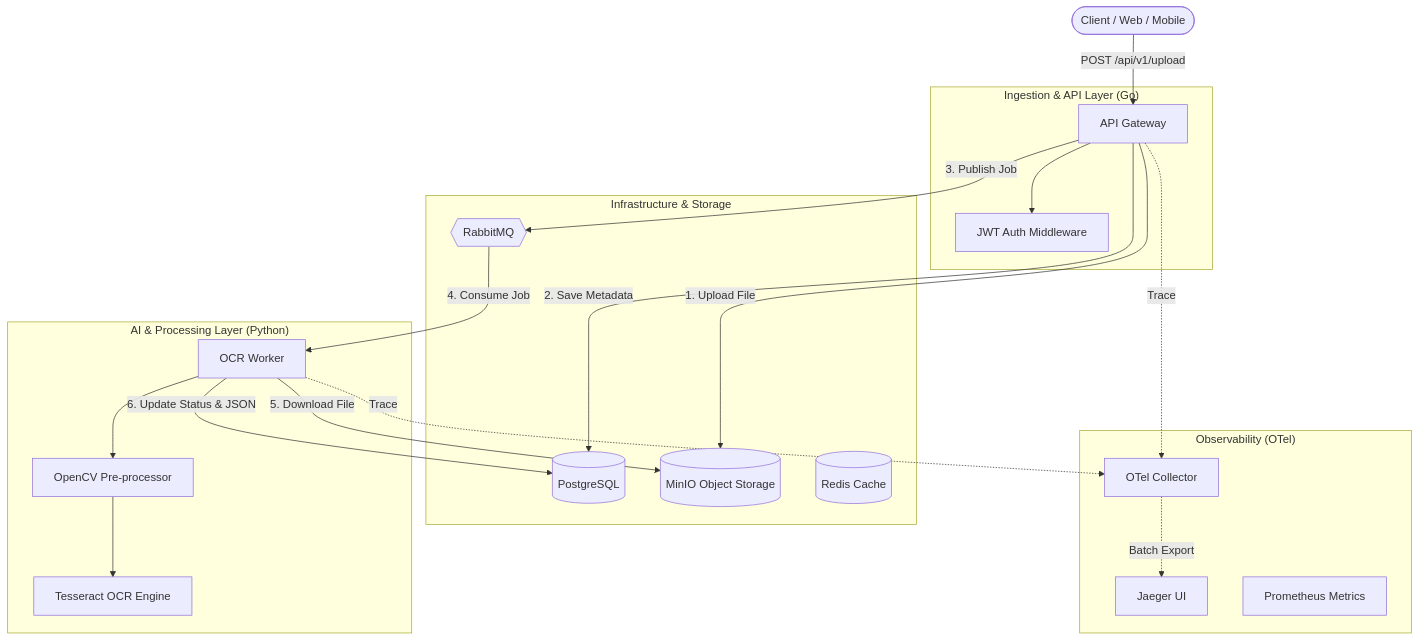
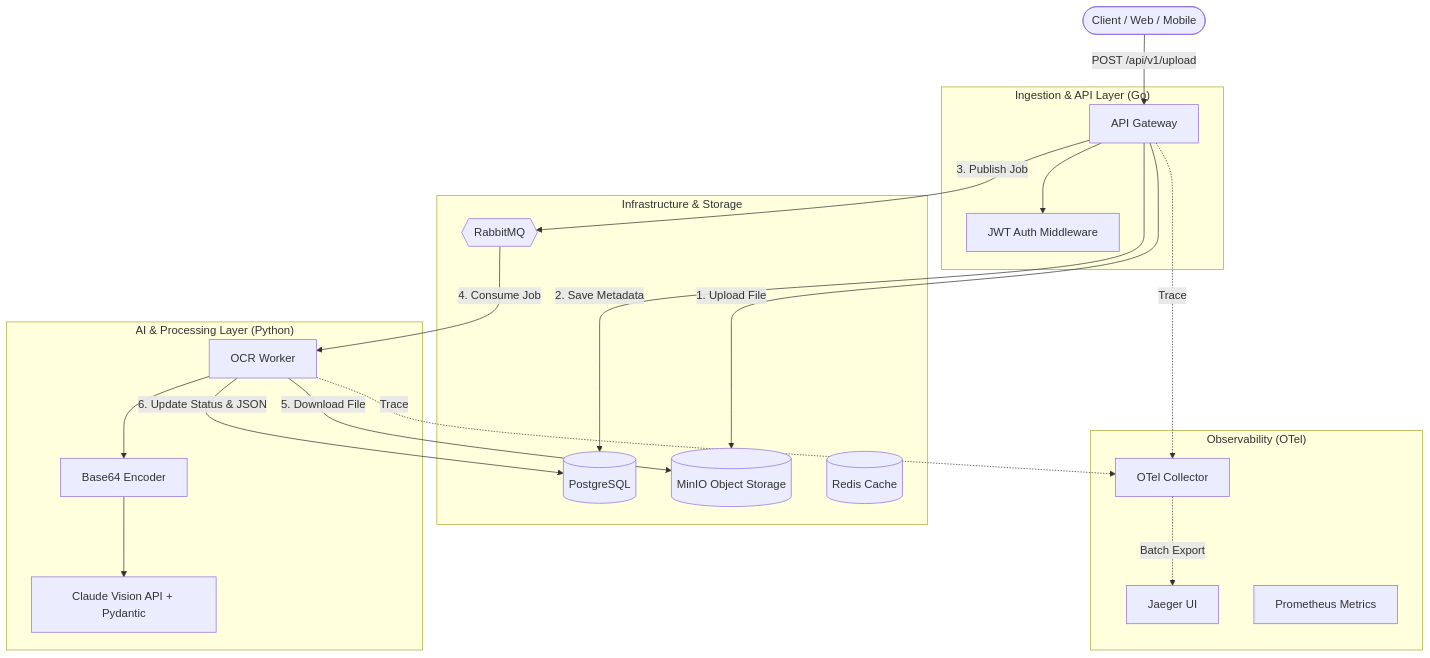
The diagram in ARCHITECTURE.md (nmduc1106/idp-system-core), drawn with Mermaid before and after one commit. The commit also changed other lines of this file and 8 other files, not shown here.

Commit message:
docs: sync architecture and readmes with claude vision, redis rate limiting, and data isolation

````diff
--- a/ARCHITECTURE.md
+++ b/ARCHITECTURE.md
@@ -64,50 +63,50 @@
 ```mermaid
 graph TD
     %% External
     Client([Client / Web / Mobile])
 
     %% API Gateway Layer (Golang)
     subgraph "Ingestion & API Layer (Go)"
         Gateway[API Gateway]
         Auth[JWT Auth Middleware]
         Gateway --> Auth
     end
 
     %% Infrastructure & State Layer
     subgraph "Infrastructure & Storage"
         DB[(PostgreSQL)]
         MinIO[(MinIO Object Storage)]
         RMQ{{RabbitMQ}}
         Redis[(Redis Cache)]
     end
 
     %% Worker Layer (Python)
     subgraph "AI & Processing Layer (Python)"
         Worker[OCR Worker]
-        OpenCV[OpenCV Pre-processor]
-        Tesseract[Tesseract OCR Engine]
-        Worker --> OpenCV --> Tesseract
+        Encoder[Base64 Encoder]
+        Claude[Claude Vision API + Pydantic]
+        Worker --> Encoder --> Claude
     end
 
     %% Observability Layer
     subgraph "Observability (OTel)"
         Collector[OTel Collector]
         Jaeger[Jaeger UI]
         Prometheus[Prometheus Metrics]
     end
 
     %% Workflows
     Client -- "POST /api/v1/upload" --> Gateway
     Gateway -- "1. Upload File" --> MinIO
     Gateway -- "2. Save Metadata" --> DB
     Gateway -- "3. Publish Job" --> RMQ
 
     RMQ -- "4. Consume Job" --> Worker
     Worker -- "5. Download File" --> MinIO
     Worker -- "6. Update Status & JSON" --> DB
 
     %% Tracing lines
     Gateway -. "Trace" .-> Collector
     Worker -. "Trace" .-> Collector
     Collector -. "Batch Export" .-> Jaeger
 ```
````
